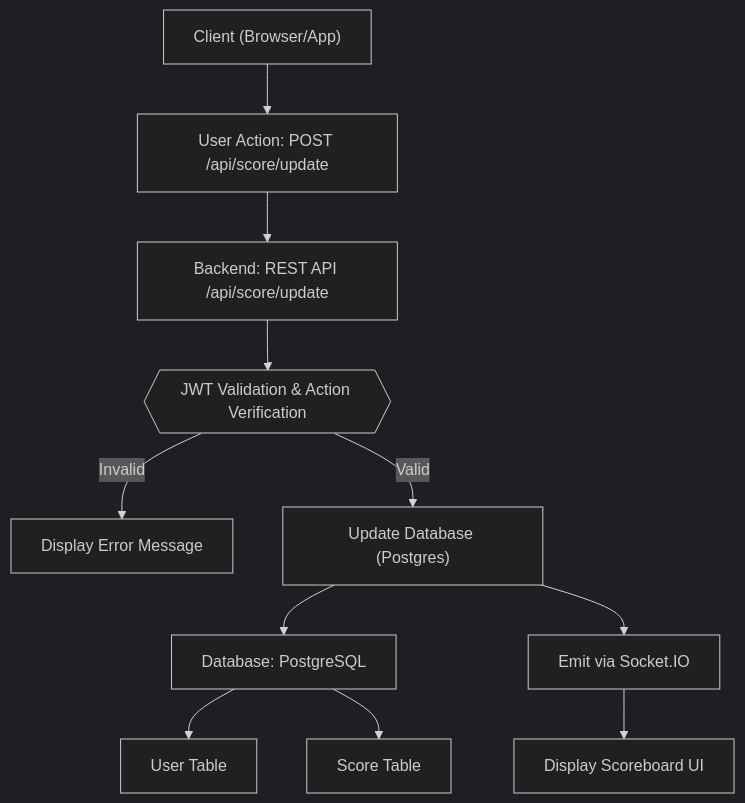
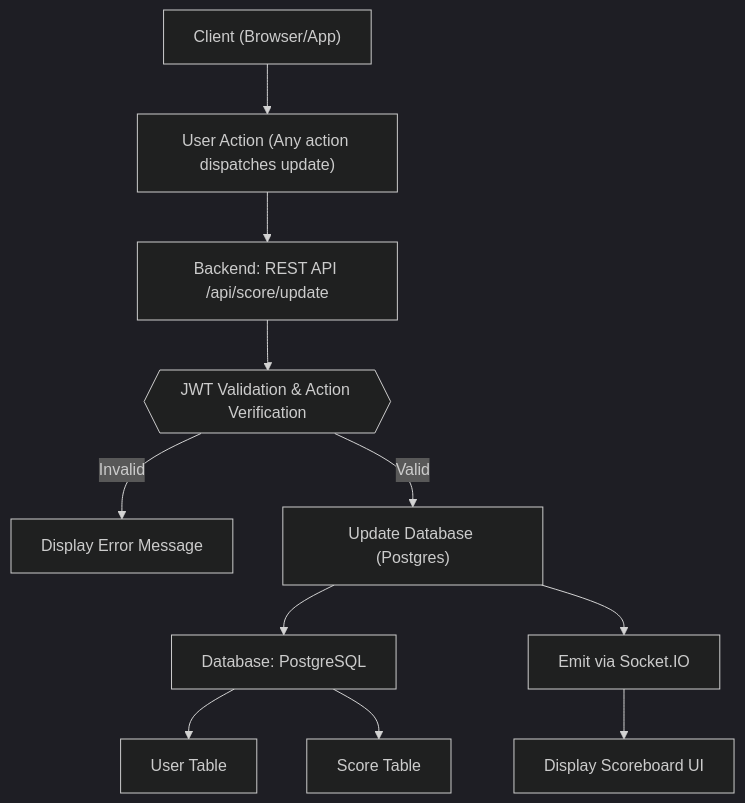
The diagram in backend/readme.md (lvhoanthanh/react-login), drawn with Mermaid (dark theme) before and after one commit.

````diff
--- a/backend/readme.md
+++ b/backend/readme.md
@@ -185,27 +185,27 @@
 ```mermaid
 flowchart TB
     %% Client
     A["Client (Browser/App)"]
-    B["User Action: POST /api/score/update"]
+    B["User Action (Any action dispatches update)"]
     C["Display Scoreboard UI"]
     CE["Display Error Message"]
 
     %% Backend
     D["Backend: REST API /api/score/update"]
     E{{"JWT Validation & Action Verification"}}
     F["Update Database (Postgres)"]
     G["Emit via Socket.IO"]
 
     %% Database
     H["Database: PostgreSQL"]
     I["User Table"]
     J["Score Table"]
 
     %% Flow
     A --> B --> D --> E
     E -- Valid --> F --> H
     H --> I
     H --> J
     F --> G --> C
     E -- Invalid --> CE
 ```
````
